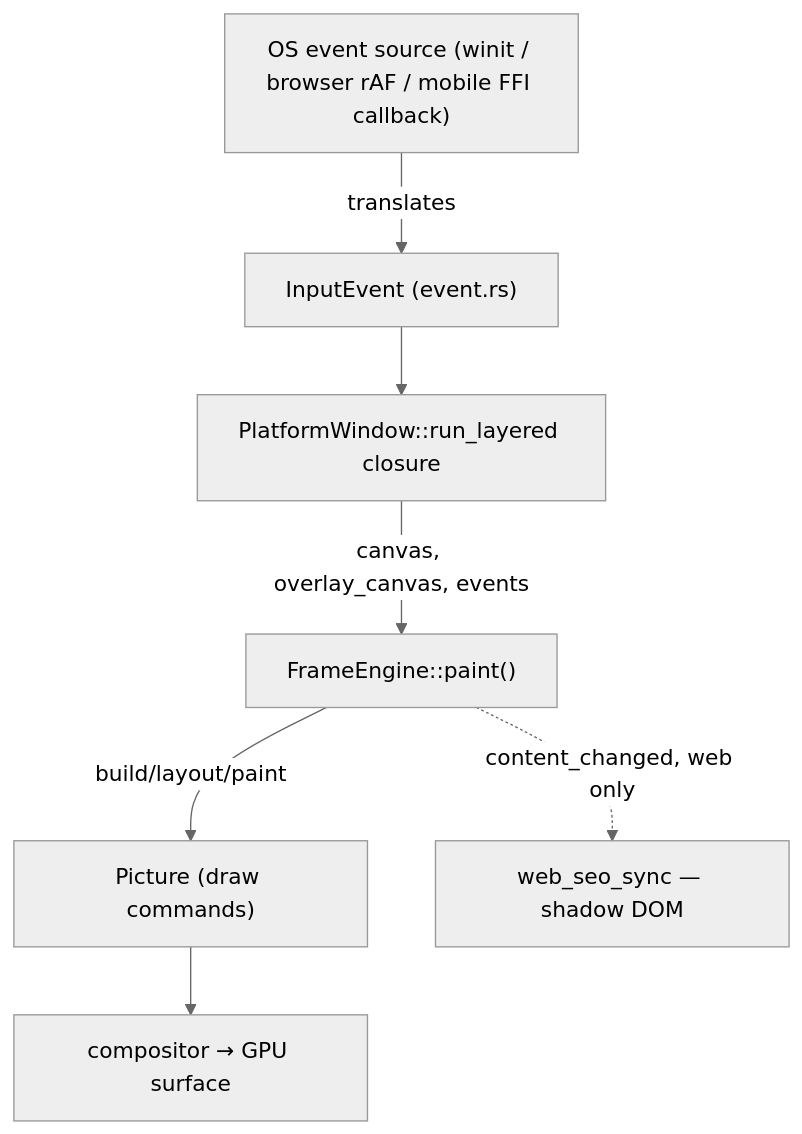
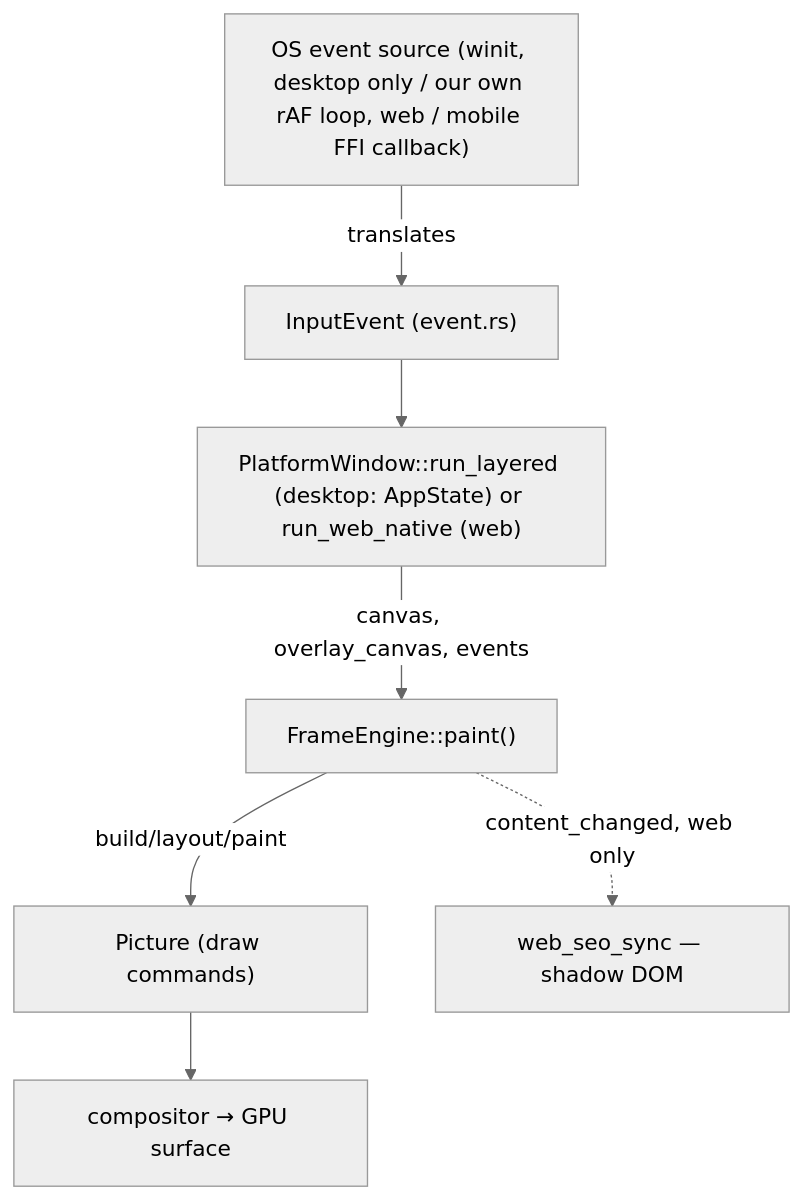
One commit to rosace-ui/rosace changed the diagram in docs/architecture/platform-and-app-loop.md. Above: the diagram before and after it, drawn with Mermaid (neutral theme). The commit also changed other lines of this file, not shown here.

First line of the commit message:
docs(architecture): rewrite platform-and-app-loop.md's web section

````diff
--- a/docs/architecture/platform-and-app-loop.md
+++ b/docs/architecture/platform-and-app-loop.md
@@ -13,9 +15,9 @@
 ```mermaid
 graph TD
-    OS["OS event source (winit / browser rAF / mobile FFI callback)"] -->|translates| IE["InputEvent (event.rs)"]
-    IE --> PW["PlatformWindow::run_layered closure"]
+    OS["OS event source (winit, desktop only / our own rAF loop, web / mobile FFI callback)"] -->|translates| IE["InputEvent (event.rs)"]
+    IE --> PW["PlatformWindow::run_layered (desktop: AppState) or run_web_native (web)"]
     PW -->|canvas, overlay_canvas, events| FE["FrameEngine::paint()"]
     FE -->|build/layout/paint| PIC["Picture (draw commands)"]
     PIC --> COMP["compositor → GPU surface"]
     FE -.->|content_changed, web only| SEO["web_seo_sync — shadow DOM"]
 ```
````
